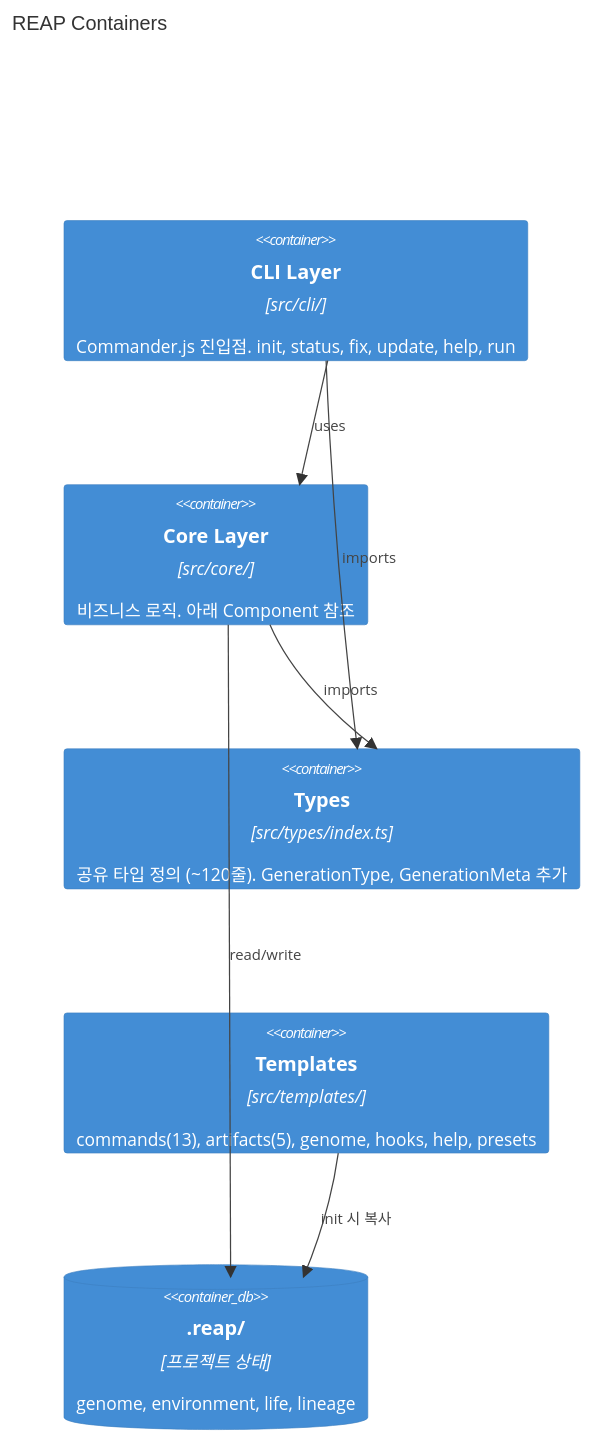
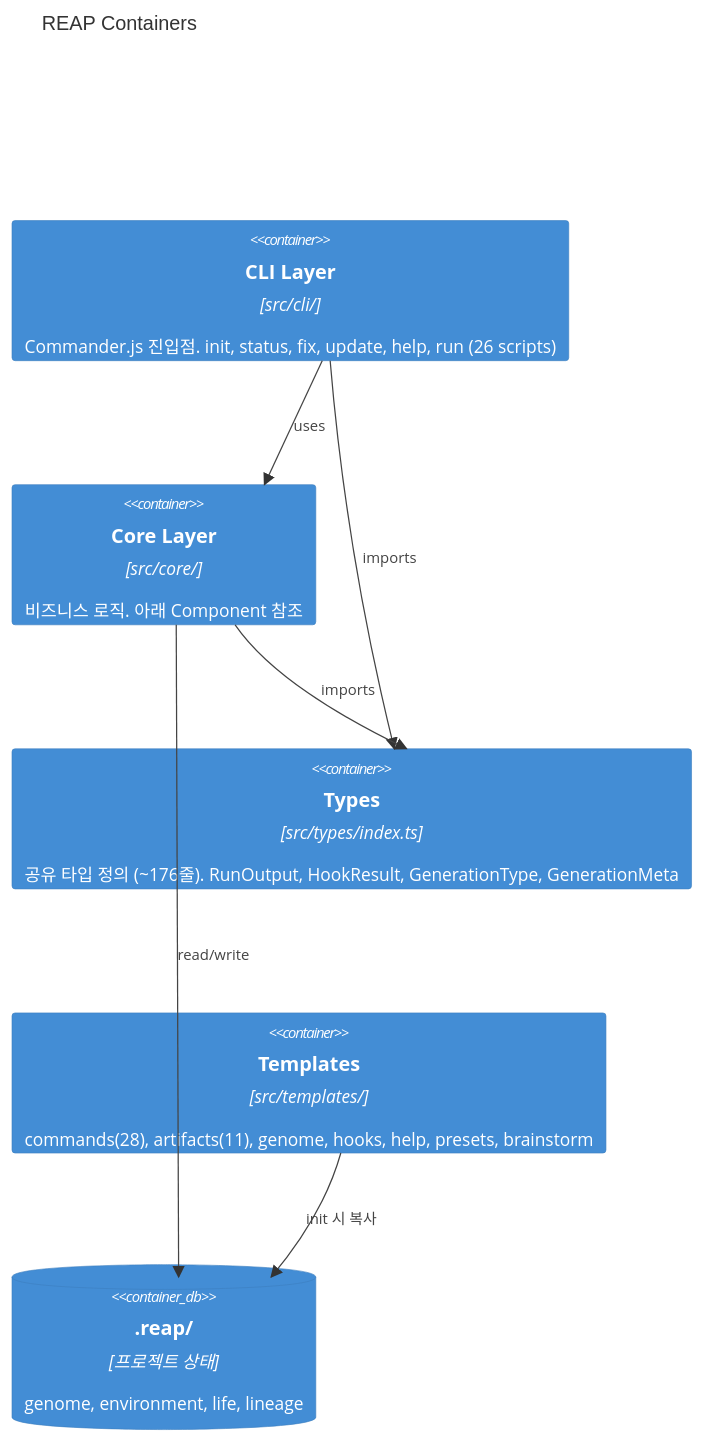
Before and after one commit to c-d-cc/reap: the second of 3 diagrams in .reap/genome/source-map.md, drawn with Mermaid. The commit also changed other lines of this file and 11 other files, not shown here.

````diff
--- a/.reap/genome/source-map.md
+++ b/.reap/genome/source-map.md
@@ -29,16 +29,16 @@
 ```mermaid
 C4Container
   title REAP Containers
 
-  Container(cli, "CLI Layer", "src/cli/", "Commander.js 진입점. init, status, fix, update, help, run")
+  Container(cli, "CLI Layer", "src/cli/", "Commander.js 진입점. init, status, fix, update, help, run (26 scripts)")
   Container(core, "Core Layer", "src/core/", "비즈니스 로직. 아래 Component 참조")
-  Container(types, "Types", "src/types/index.ts", "공유 타입 정의 (~120줄). GenerationType, GenerationMeta 추가")
-  Container(templates, "Templates", "src/templates/", "commands(13), artifacts(5), genome, hooks, help, presets")
+  Container(types, "Types", "src/types/index.ts", "공유 타입 정의 (~176줄). RunOutput, HookResult, GenerationType, GenerationMeta")
+  Container(templates, "Templates", "src/templates/", "commands(28), artifacts(11), genome, hooks, help, presets, brainstorm")
 
   Rel(cli, core, "uses")
   Rel(cli, types, "imports")
   Rel(core, types, "imports")
   ContainerDb(reapDir, ".reap/", "프로젝트 상태", "genome, environment, life, lineage")
   Rel(core, reapDir, "read/write")
   Rel(templates, reapDir, "init 시 복사")
 ```
````
